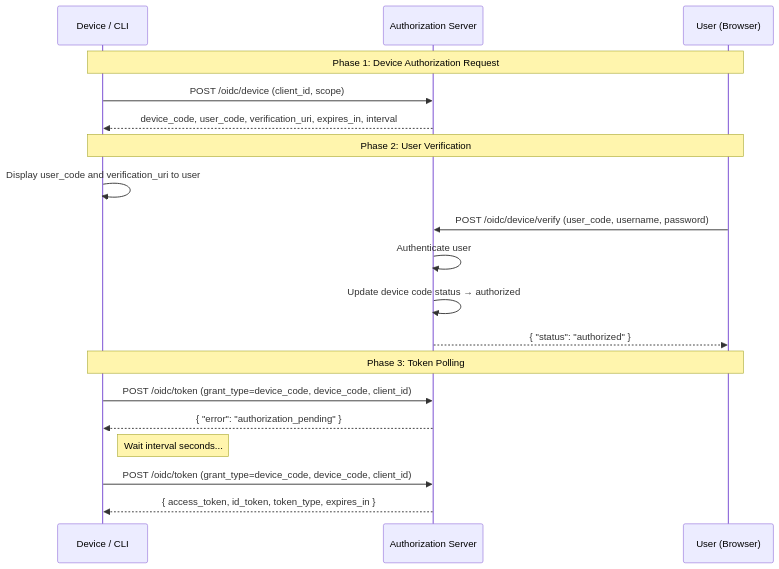
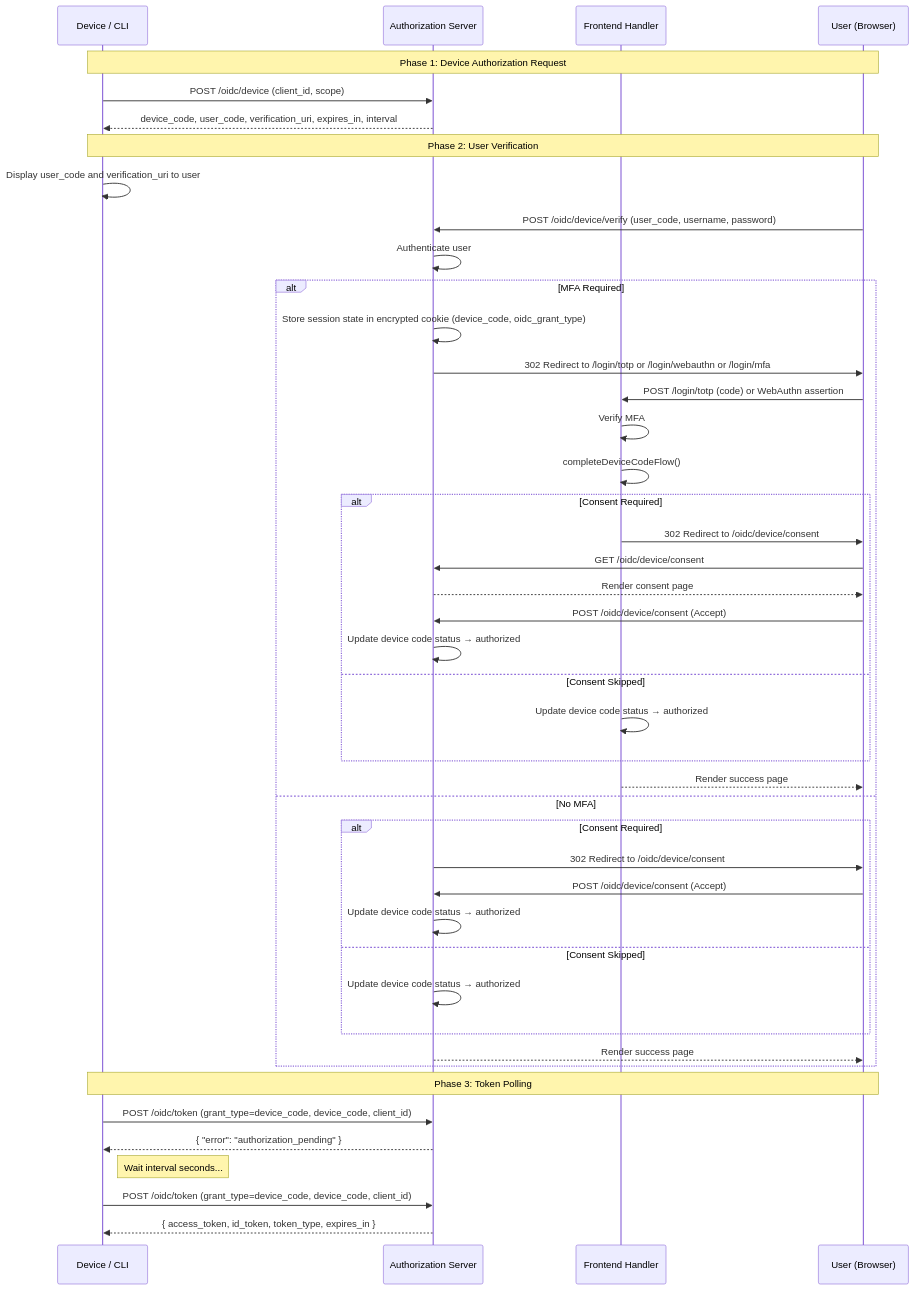
Before and after one commit to croessner/nauthilus: the eighth of 8 diagrams in server/docs/idp.md, drawn with Mermaid. The commit also changed other lines of this file and 8 other files, not shown here.

First line of the commit message:
Feat: Refactor IdP handlers to remove device code logic and implement OIDC grant-specific modules

````diff
--- a/server/docs/idp.md
+++ b/server/docs/idp.md
@@ -900,21 +913,46 @@
 ```mermaid
 sequenceDiagram
     participant D as Device / CLI
     participant AS as Authorization Server
+    participant F as Frontend Handler
     participant U as User (Browser)
     Note over D, U: Phase 1: Device Authorization Request
     D ->> AS: POST /oidc/device (client_id, scope)
     AS -->> D: device_code, user_code, verification_uri, expires_in, interval
     Note over D, U: Phase 2: User Verification
     D ->> D: Display user_code and verification_uri to user
     U ->> AS: POST /oidc/device/verify (user_code, username, password)
     AS ->> AS: Authenticate user
-    AS ->> AS: Update device code status → authorized
-    AS -->> U: { "status": "authorized" }
+    alt MFA Required
+        AS ->> AS: Store session state in encrypted cookie (device_code, oidc_grant_type)
+        AS ->> U: 302 Redirect to /login/totp or /login/webauthn or /login/mfa
+        U ->> F: POST /login/totp (code) or WebAuthn assertion
+        F ->> F: Verify MFA
+        F ->> F: completeDeviceCodeFlow()
+        alt Consent Required
+            F ->> U: 302 Redirect to /oidc/device/consent
+            U ->> AS: GET /oidc/device/consent
+            AS -->> U: Render consent page
+            U ->> AS: POST /oidc/device/consent (Accept)
+            AS ->> AS: Update device code status → authorized
+        else Consent Skipped
+            F ->> F: Update device code status → authorized
+        end
+        F -->> U: Render success page
+    else No MFA
+        alt Consent Required
+            AS ->> U: 302 Redirect to /oidc/device/consent
+            U ->> AS: POST /oidc/device/consent (Accept)
+            AS ->> AS: Update device code status → authorized
+        else Consent Skipped
+            AS ->> AS: Update device code status → authorized
+        end
+        AS -->> U: Render success page
+    end
     Note over D, U: Phase 3: Token Polling
     D ->> AS: POST /oidc/token (grant_type=device_code, device_code, client_id)
     AS -->> D: { "error": "authorization_pending" }
     Note right of D: Wait interval seconds...
     D ->> AS: POST /oidc/token (grant_type=device_code, device_code, client_id)
     AS -->> D: { access_token, id_token, token_type, expires_in }
 ```
````
